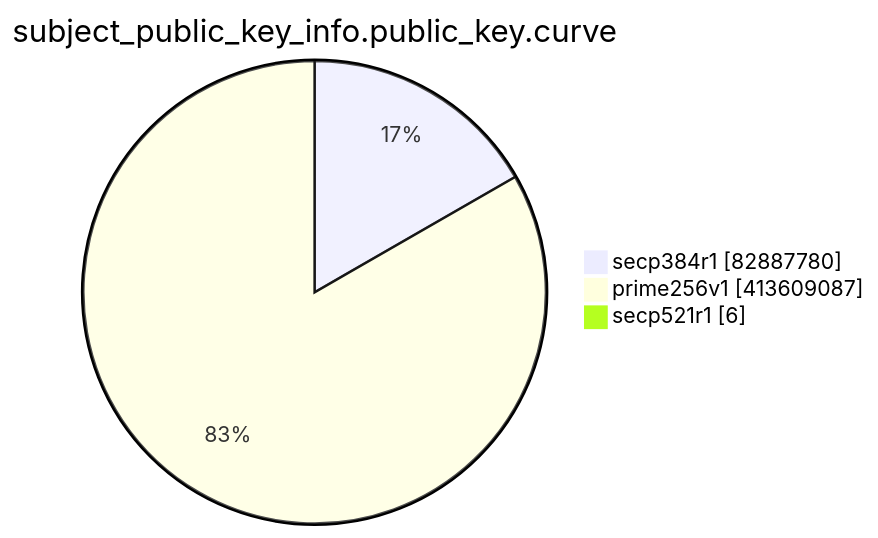
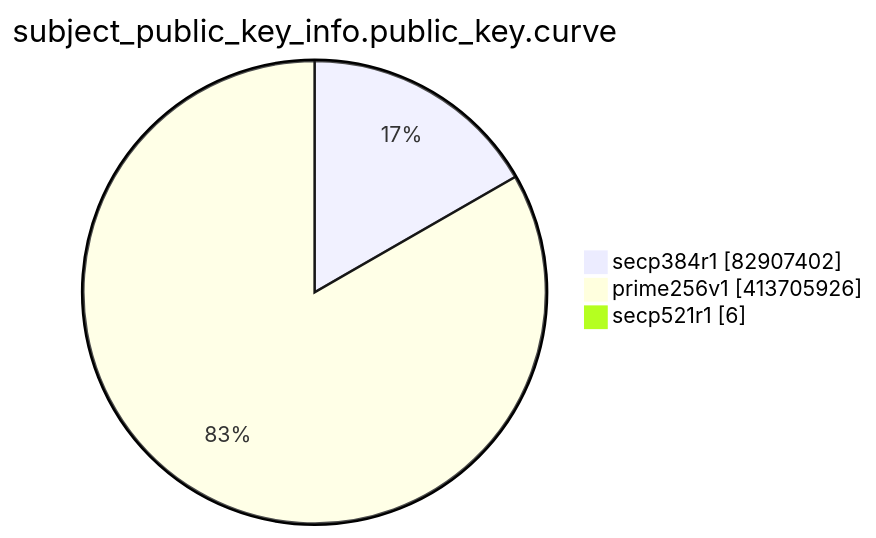
One commit to christiankrug/ctmonitor_visualization changed the eighth of 15 diagrams in TOTAL/README.md. Above: the diagram before and after it, drawn with Mermaid. The commit also changed other lines of this file, not shown here.

````diff
--- a/TOTAL/README.md
+++ b/TOTAL/README.md
@@ -3098,7 +3098,7 @@
 ```mermaid
 pie showData
 title subject_public_key_info.public_key.curve
-"secp384r1" :82887780
-"prime256v1" :413609087
+"secp384r1" :82907402
+"prime256v1" :413705926
 "secp521r1" :6
 ```
````
